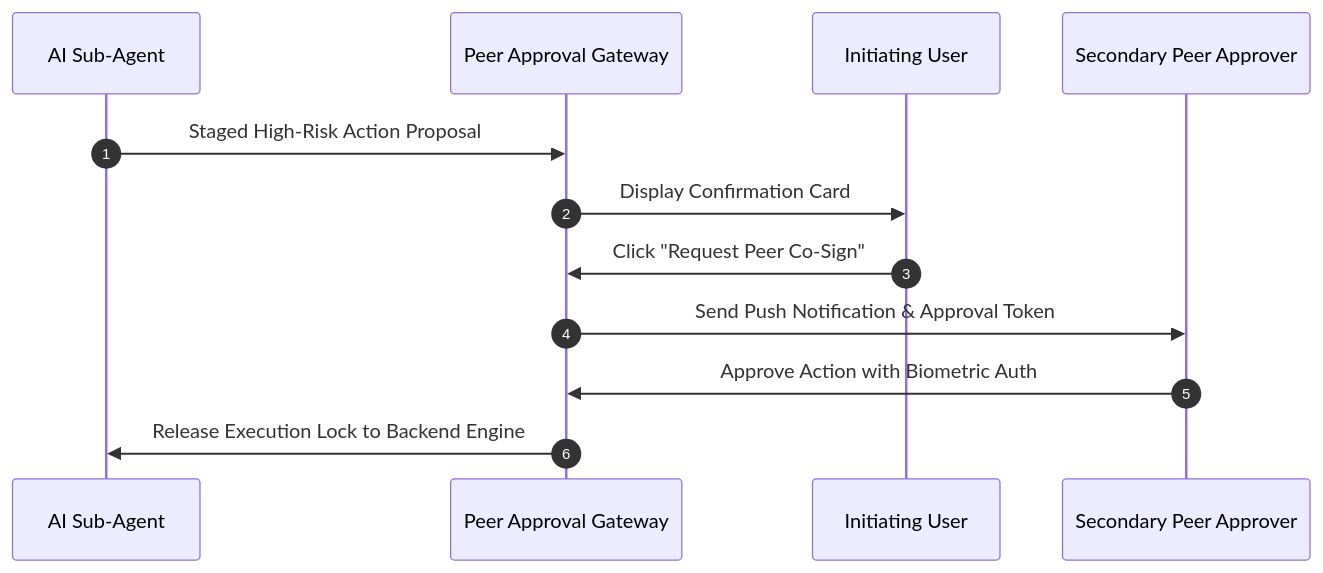
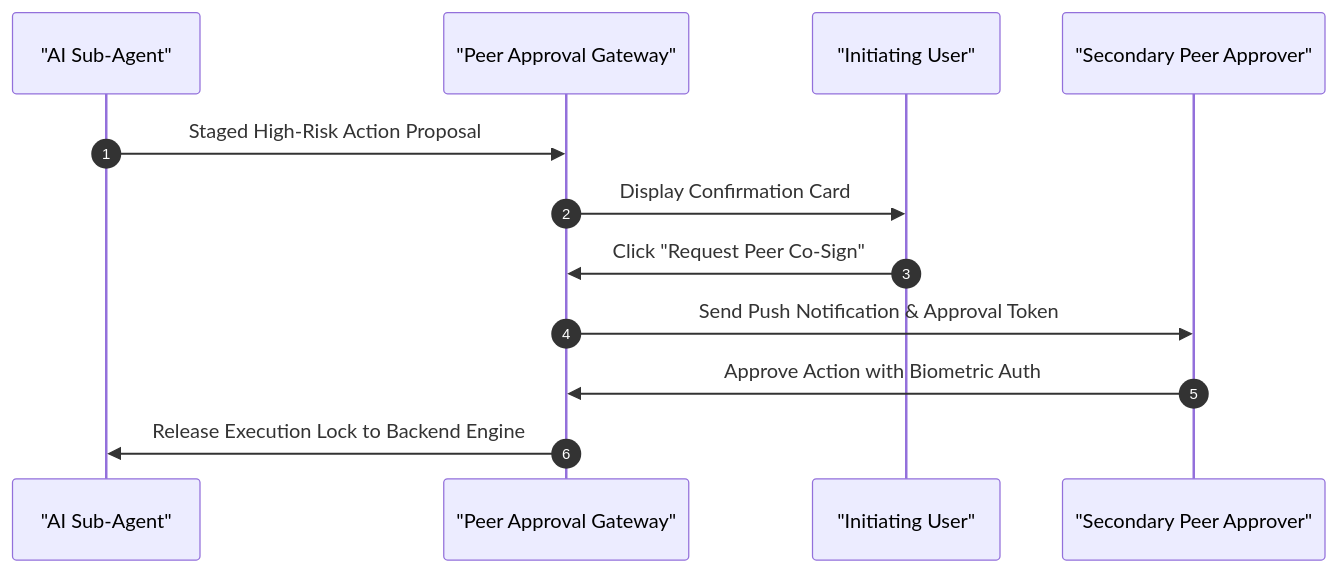
Before and after one commit to vesviet/vesviet: the fourth of 4 diagrams in content/series/generative-ui-architecture/part-5-human-in-the-loop.md, drawn with Mermaid. The commit also changed other lines of this file and 331 other files, not shown here.

````diff
--- a/content/series/generative-ui-architecture/part-5-human-in-the-loop.md
+++ b/content/series/generative-ui-architecture/part-5-human-in-the-loop.md
@@ -229,15 +230,15 @@
 ```mermaid
 sequenceDiagram
     autonumber
-    participant Agent as AI Sub-Agent
-    participant Gate as Peer Approval Gateway
-    participant User1 as Initiating User
-    participant User2 as Secondary Peer Approver
+    participant Agent as "AI Sub-Agent"
+    participant Gate as "Peer Approval Gateway"
+    participant User1 as "Initiating User"
+    participant User2 as "Secondary Peer Approver"
 
     Agent->>Gate: Staged High-Risk Action Proposal
     Gate->>User1: Display Confirmation Card
     User1->>Gate: Click "Request Peer Co-Sign"
     Gate->>User2: Send Push Notification & Approval Token
     User2->>Gate: Approve Action with Biometric Auth
     Gate->>Agent: Release Execution Lock to Backend Engine
 ```
````
